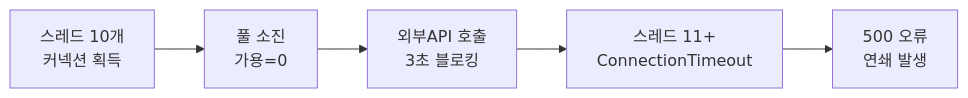
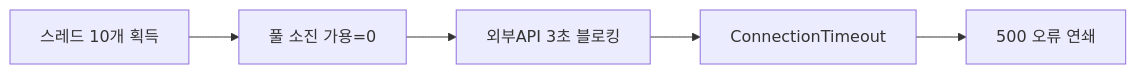
One commit to yjkim2015/yjkim2015.github.io changed the sixth of 7 diagrams in _posts/db/2026-05-01-db-connection-pool.md. Above: the diagram before and after it, drawn with Mermaid. The commit also changed other lines of this file and 245 other files, not shown here.

First line of the commit message:
Mermaid 다이어그램 전면 수정 + 면접 포인트 접기/펼치기 + DB 데드락 페이지

````diff
--- a/_posts/db/2026-05-01-db-connection-pool.md
+++ b/_posts/db/2026-05-01-db-connection-pool.md
@@ -918,7 +918,7 @@
 ```mermaid
 graph LR
-    A[스레드 10개<br/>커넥션 획득] --> B[풀 소진<br/>가용=0]
-    B --> C[외부API 호출<br/>3초 블로킹]
-    C --> D[스레드 11+<br/>ConnectionTimeout]
-    D --> E[500 오류<br/>연쇄 발생]
+    A["스레드 10개 획득"] --> B["풀 소진 가용=0"]
+    B --> C["외부API 3초 블로킹"]
+    C --> D["ConnectionTimeout"]
+    D --> E["500 오류 연쇄"]
 ```
````
